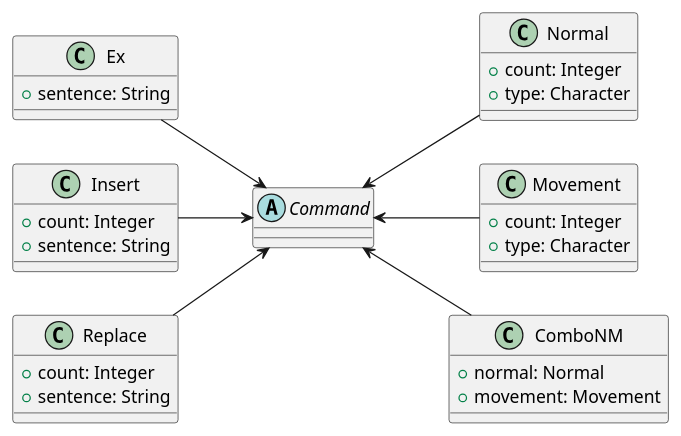
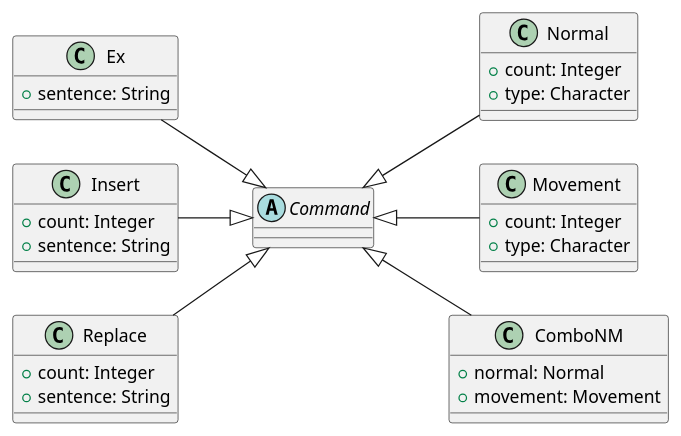
One commit to raywang999/VM changed the first of 5 diagrams in uml.md. Above: the diagram before and after it, drawn with PlantUML. The commit also changed other lines of this file, not shown here.

Commit message:
update uml

````diff
--- a/uml.md
+++ b/uml.md
@@ -2,33 +2,33 @@
 ```plantuml
 left to right direction
 abstract Command{}
 class Normal{
   +count: Integer
   +type: Character
 }
 class Movement{
   +count: Integer
   +type: Character
 }
 class ComboNM{
   +normal: Normal
   +movement: Movement
 }
 class Ex{
   +sentence: String
 }
 class Insert{
   +count: Integer
   +sentence: String
 }
 class Replace{
   +count: Integer
   +sentence: String
 }
-Command <-- Normal
-Command <-- Movement
-Command <-- ComboNM
-Ex --> Command 
-Insert --> Command 
-Replace --> Command 
+Command <|-- Normal
+Command <|-- Movement
+Command <|-- ComboNM
+Ex --|> Command 
+Insert --|> Command 
+Replace --|> Command 
 ```
````
